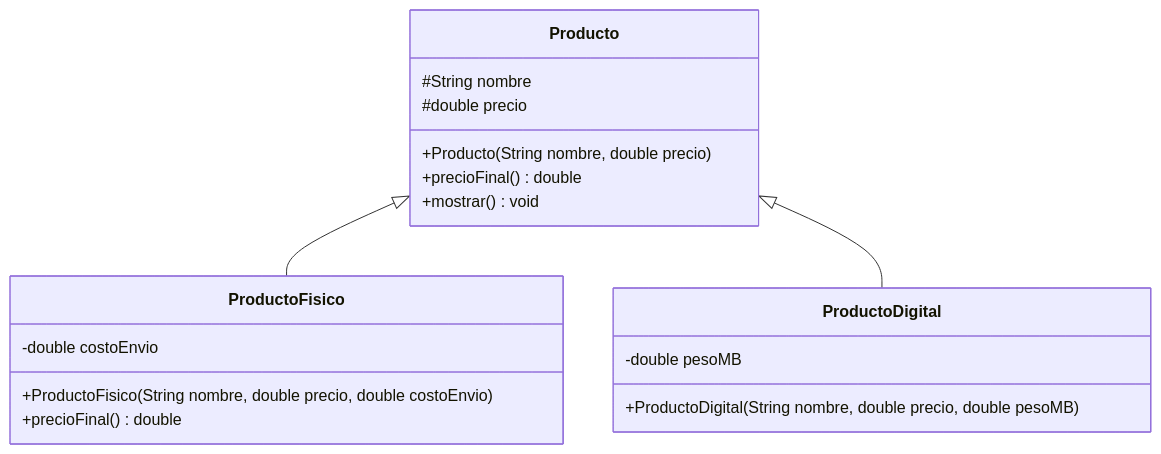
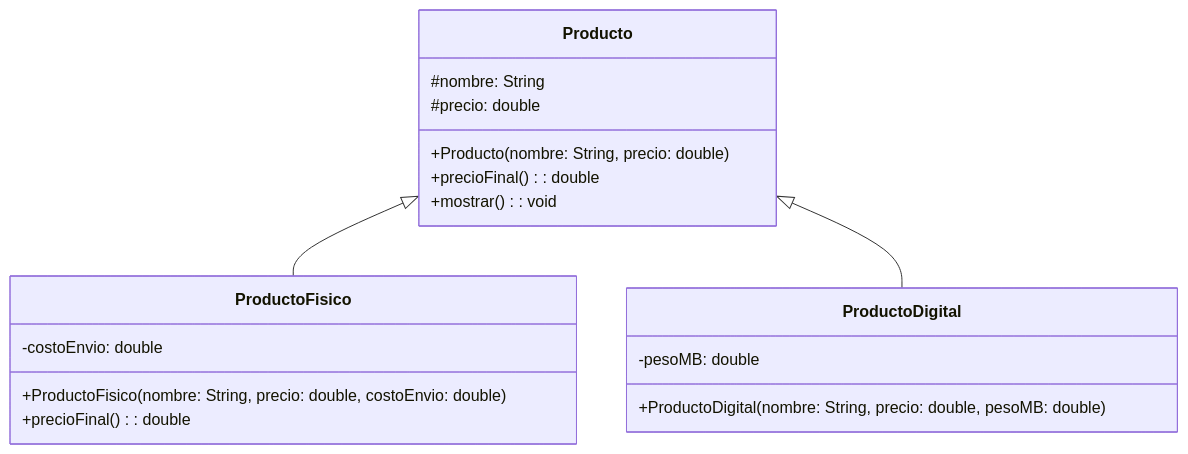
Before and after one commit to CursosProgramacionEP/USIL_SEMANA10: the sixth of 6 diagrams in PRACTICAS_CLASE.md, drawn with Mermaid. The commit also changed other lines of this file and 1 other file, not shown here.

First line of the commit message:
Diagramas UML en notacion estandar (nombre: Tipo) en README y PRACTICAS_CLASE

````diff
--- a/PRACTICAS_CLASE.md
+++ b/PRACTICAS_CLASE.md
@@ -299,21 +299,21 @@
 ```mermaid
 classDiagram
     class Producto {
-        #String nombre
-        #double precio
-        +Producto(String nombre, double precio)
-        +precioFinal() double
-        +mostrar() void
+        #nombre: String
+        #precio: double
+        +Producto(nombre: String, precio: double)
+        +precioFinal() : double
+        +mostrar() : void
     }
     class ProductoFisico {
-        -double costoEnvio
-        +ProductoFisico(String nombre, double precio, double costoEnvio)
-        +precioFinal() double
+        -costoEnvio: double
+        +ProductoFisico(nombre: String, precio: double, costoEnvio: double)
+        +precioFinal() : double
     }
     class ProductoDigital {
-        -double pesoMB
-        +ProductoDigital(String nombre, double precio, double pesoMB)
+        -pesoMB: double
+        +ProductoDigital(nombre: String, precio: double, pesoMB: double)
     }
     Producto <|-- ProductoFisico
     Producto <|-- ProductoDigital
 ```
````
